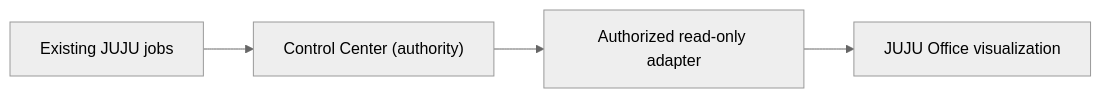
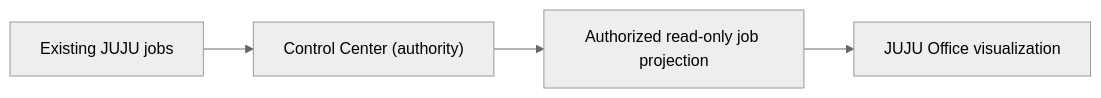
One commit to thesoledev-public/juju-virtual-office changed the diagram in README.md. Above: the diagram before and after it, drawn with Mermaid (neutral theme). The commit also changed other lines of this file, not shown here.

````diff
--- a/README.md
+++ b/README.md
@@ -39,6 +39,6 @@
 ```mermaid
 flowchart LR
     A["Existing JUJU jobs"] --> B["Control Center (authority)"]
-    B --> C["Authorized read-only adapter"]
+    B --> C["Authorized read-only job projection"]
     C --> D["JUJU Office visualization"]
 ```
````
